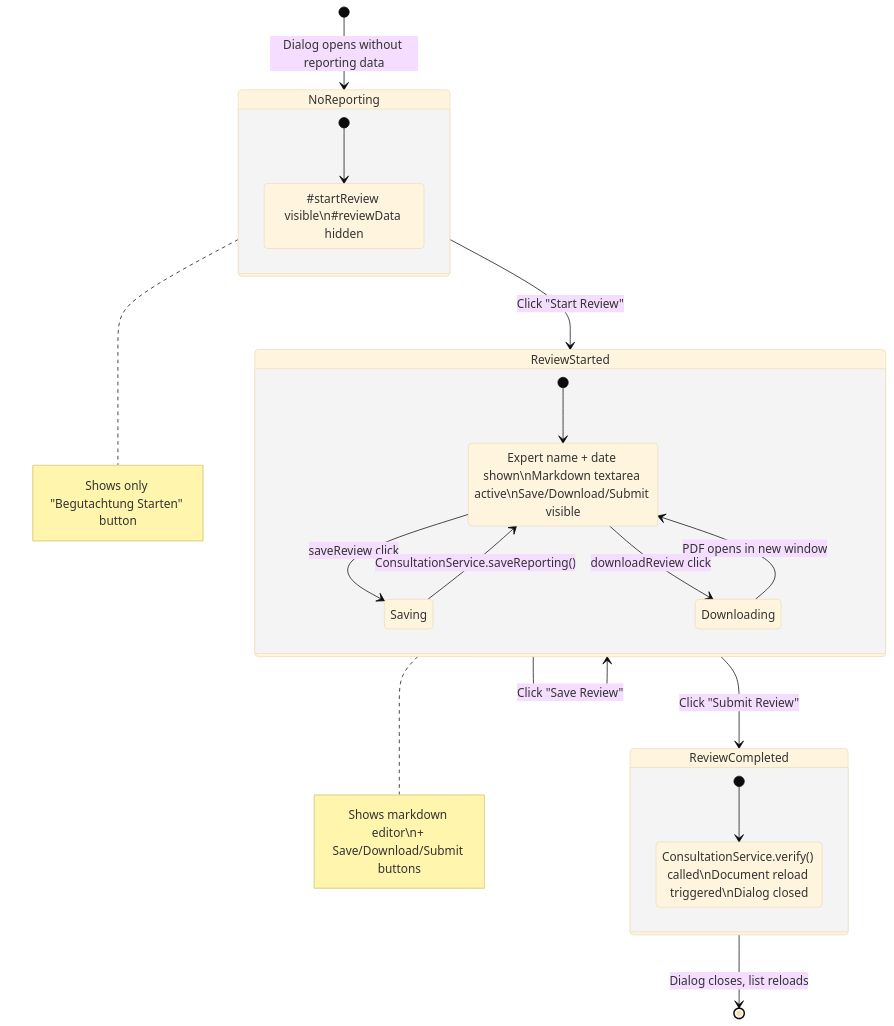
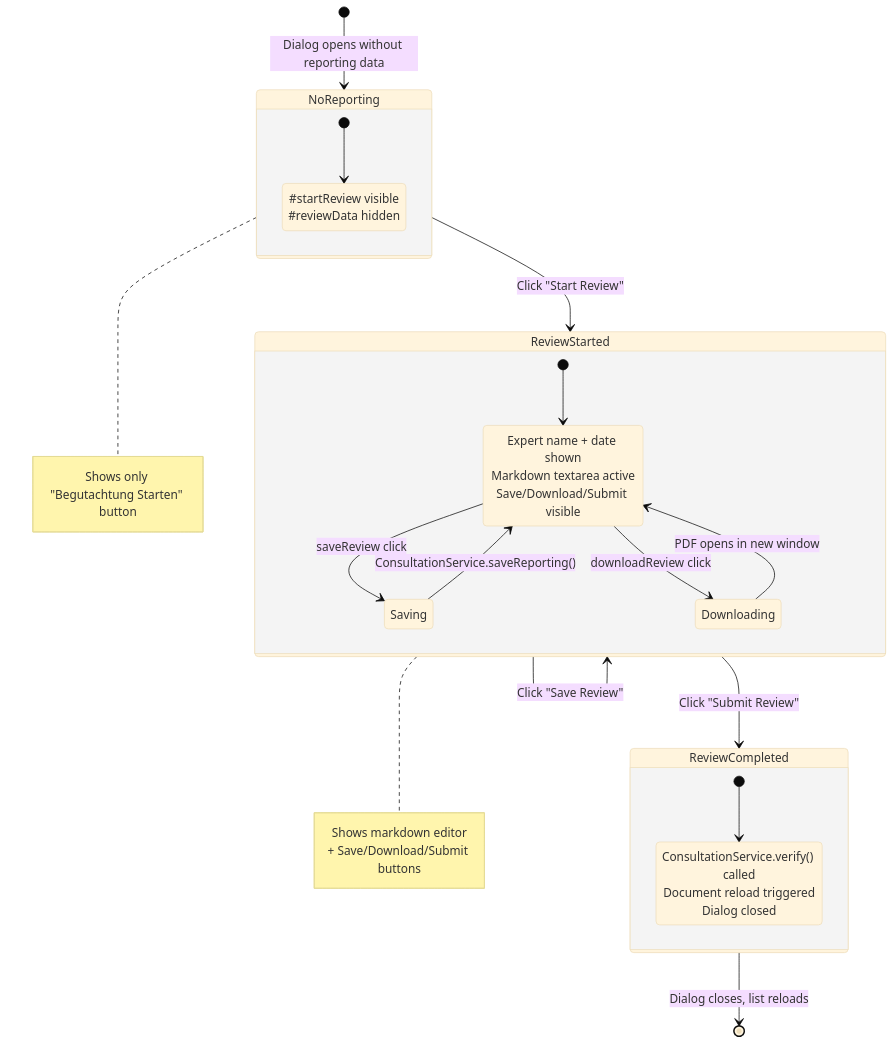
Before and after one commit to RaphaelBossek/BearStudio-start-ui-web: the second of 3 diagrams in specs/analysis/treatment/consultation/07-consultation-view-review.md, drawn with Mermaid (base theme). The commit also changed 14 other files, not shown here.

First line of the commit message:
fix(mermaid): replace \n with <br> for proper line breaks

````diff
--- a/specs/analysis/treatment/consultation/07-consultation-view-review.md
+++ b/specs/analysis/treatment/consultation/07-consultation-view-review.md
@@ -730,33 +730,33 @@
 ```mermaid
 stateDiagram-v2
     [*] --> NoReporting: Dialog opens without reporting data
 
     NoReporting --> ReviewStarted: Click "Start Review"
     note right of NoReporting: Shows only "Begutachtung Starten" button
 
     ReviewStarted --> ReviewStarted: Click "Save Review"
-    note right of ReviewStarted: Shows markdown editor\n+ Save/Download/Submit buttons
+    note right of ReviewStarted: Shows markdown editor<br>+ Save/Download/Submit buttons
 
     ReviewStarted --> ReviewCompleted: Click "Submit Review"
 
     ReviewCompleted --> [*]: Dialog closes, list reloads
 
     state NoReporting {
         [*] --> ShowStartButton
-        ShowStartButton: #startReview visible\n#reviewData hidden
+        ShowStartButton: #startReview visible<br>#reviewData hidden
     }
 
     state ReviewStarted {
         [*] --> EditingMarkdown
-        EditingMarkdown: Expert name + date shown\nMarkdown textarea active\nSave/Download/Submit visible
+        EditingMarkdown: Expert name + date shown<br>Markdown textarea active<br>Save/Download/Submit visible
         EditingMarkdown --> Saving: saveReview click
         Saving --> EditingMarkdown: ConsultationService.saveReporting()
         EditingMarkdown --> Downloading: downloadReview click
         Downloading --> EditingMarkdown: PDF opens in new window
     }
 
     state ReviewCompleted {
         [*] --> Verified
-        Verified: ConsultationService.verify() called\nDocument reload triggered\nDialog closed
+        Verified: ConsultationService.verify() called<br>Document reload triggered<br>Dialog closed
     }
 ```
````
